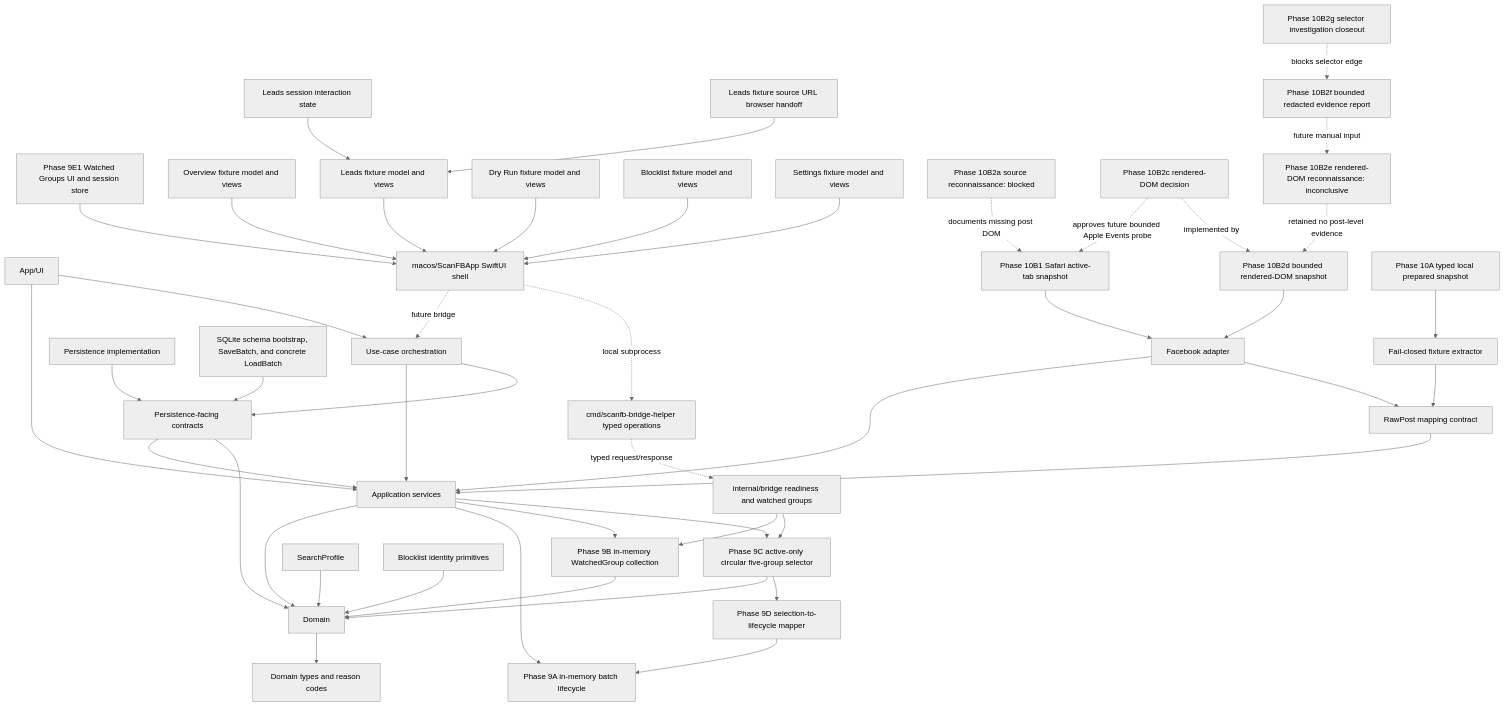
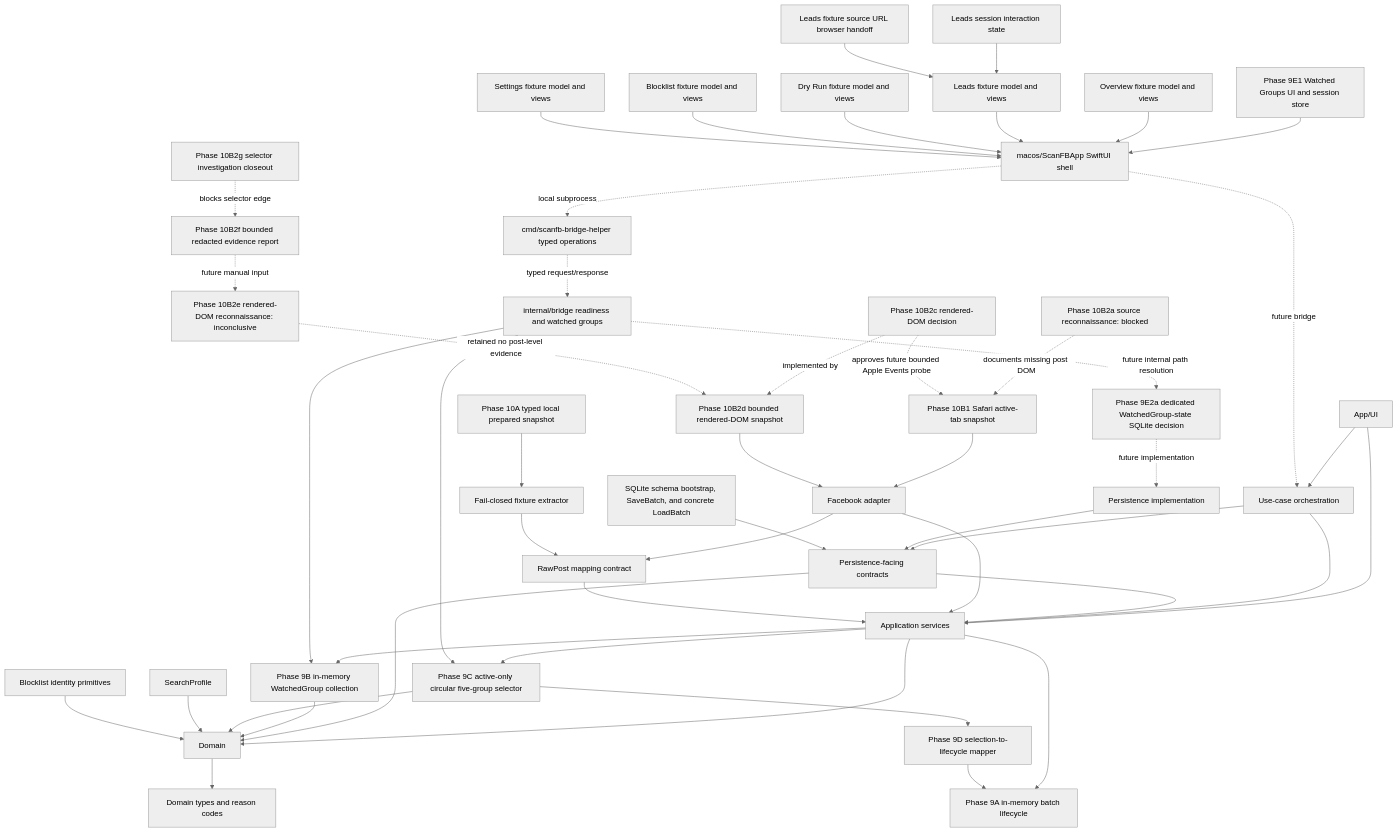
The diagram in docs/CODE_GRAPH.md (soleda2026/ScanFB), drawn with Mermaid (neutral theme) before and after one commit. The commit also changed other lines of this file and 7 other files, not shown here.

Commit message:
docs(persistence): define watched group storage policy

````diff
--- a/docs/CODE_GRAPH.md
+++ b/docs/CODE_GRAPH.md
@@ -7,49 +7,51 @@
 ```mermaid
 flowchart TD
     UI["App/UI"] --> APP["Application services"]
     UI --> ORCH["Use-case orchestration"]
     ORCH --> APP
     ORCH --> PERSIST_CONTRACT
     APP --> DOMAIN["Domain"]
     PERSIST_CONTRACT["Persistence-facing contracts"] --> APP
     PERSIST_CONTRACT --> DOMAIN
     PERSIST_IMPL["Persistence implementation"] --> PERSIST_CONTRACT
     SQLITE["SQLite schema bootstrap, SaveBatch, and concrete LoadBatch"] --> PERSIST_CONTRACT
+    WATCHED_STATE_DECISION["Phase 9E2a dedicated WatchedGroup-state SQLite decision"] -.future implementation.-> PERSIST_IMPL
     MACOS_APP["macos/ScanFBApp SwiftUI shell"] -.future bridge.-> ORCH
     BRIDGE_HELPER["cmd/scanfb-bridge-helper typed operations"] -.typed request/response.-> BRIDGE_CORE
     BRIDGE_CORE["internal/bridge readiness and watched groups"]
     MACOS_APP -.local subprocess.-> BRIDGE_HELPER
     GROUPS_UI["Phase 9E1 Watched Groups UI and session store"] --> MACOS_APP
     OVERVIEW_FIXTURE["Overview fixture model and views"] --> MACOS_APP
     LEADS_FIXTURE["Leads fixture model and views"] --> MACOS_APP
     LEADS_INTERACTION_STATE["Leads session interaction state"] --> LEADS_FIXTURE
     LEADS_BROWSER_HANDOFF["Leads fixture source URL browser handoff"] --> LEADS_FIXTURE
     DRYRUN_FIXTURE["Dry Run fixture model and views"] --> MACOS_APP
     BLOCKLIST_FIXTURE["Blocklist fixture model and views"] --> MACOS_APP
     SETTINGS_FIXTURE["Settings fixture model and views"] --> MACOS_APP
     FB["Facebook adapter"] --> APP
     FB --> RAW["RawPost mapping contract"]
     SAFARI_ACTIVE_TAB["Phase 10B1 Safari active-tab snapshot"] --> FB
     DOM_RECON["Phase 10B2a source reconnaissance: blocked"] -.documents missing post DOM.-> SAFARI_ACTIVE_TAB
     RENDERED_DOM_DECISION["Phase 10B2c rendered-DOM decision"] -.approves future bounded Apple Events probe.-> SAFARI_ACTIVE_TAB
     RENDERED_DOM["Phase 10B2d bounded rendered-DOM snapshot"] --> FB
     RENDERED_DOM_DECISION -.implemented by.-> RENDERED_DOM
     RENDERED_DOM_RECON["Phase 10B2e rendered-DOM reconnaissance: inconclusive"] -.retained no post-level evidence.-> RENDERED_DOM
     REDACTED_RECON_REPORT["Phase 10B2f bounded redacted evidence report"] -.future manual input.-> RENDERED_DOM_RECON
     RENDERED_DOM_CLOSEOUT["Phase 10B2g selector investigation closeout"] -.blocks selector edge.-> REDACTED_RECON_REPORT
     PREPARED_PAGE["Phase 10A typed local prepared snapshot"] --> PREPARED_EXTRACTOR["Fail-closed fixture extractor"]
     PREPARED_EXTRACTOR --> RAW
     RAW --> APP
     APP --> LIFECYCLE["Phase 9A in-memory batch lifecycle"]
     APP --> WATCHED_GROUPS["Phase 9B in-memory WatchedGroup collection"]
     WATCHED_GROUPS --> DOMAIN
     APP --> GROUP_SELECTOR["Phase 9C active-only circular five-group selector"]
     GROUP_SELECTOR --> DOMAIN
     BRIDGE_CORE --> WATCHED_GROUPS
     BRIDGE_CORE --> GROUP_SELECTOR
+    BRIDGE_CORE -.future internal path resolution.-> WATCHED_STATE_DECISION
     GROUP_SELECTOR --> LIFECYCLE_MAPPER["Phase 9D selection-to-lifecycle mapper"]
     LIFECYCLE_MAPPER --> LIFECYCLE
     PROFILE["SearchProfile"] --> DOMAIN
     DOMAIN --> TYPES["Domain types and reason codes"]
     BLOCKLIST["Blocklist identity primitives"] --> DOMAIN
 ```
````
